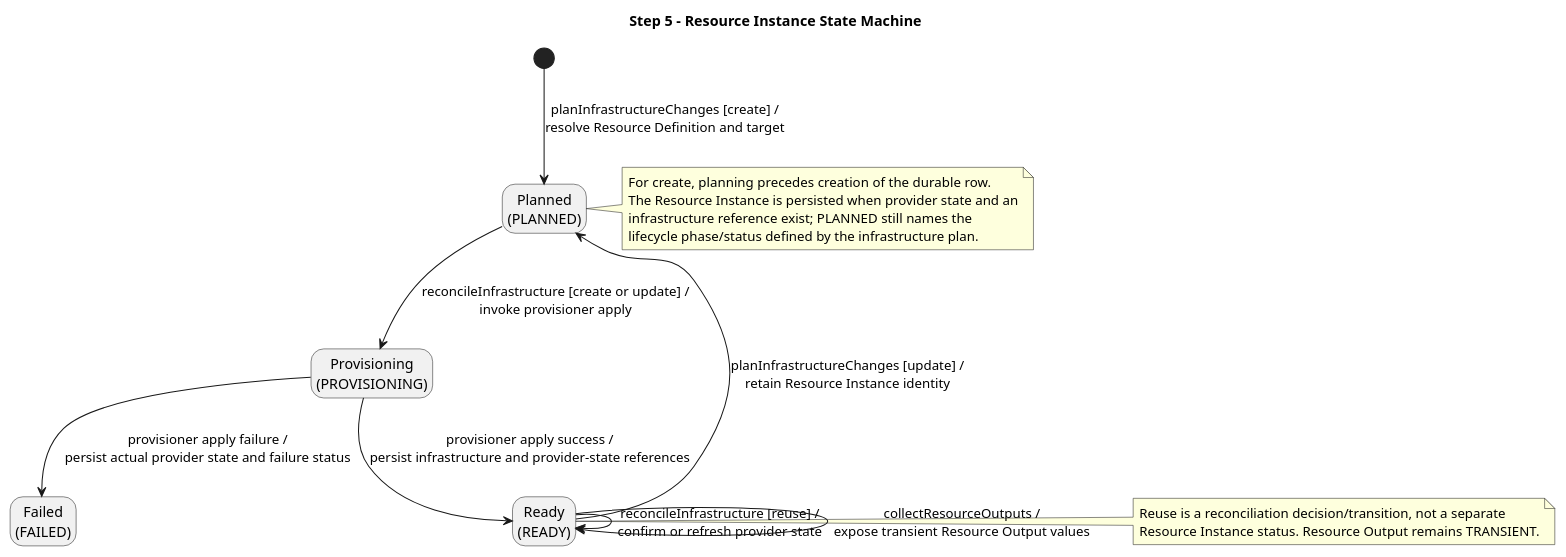
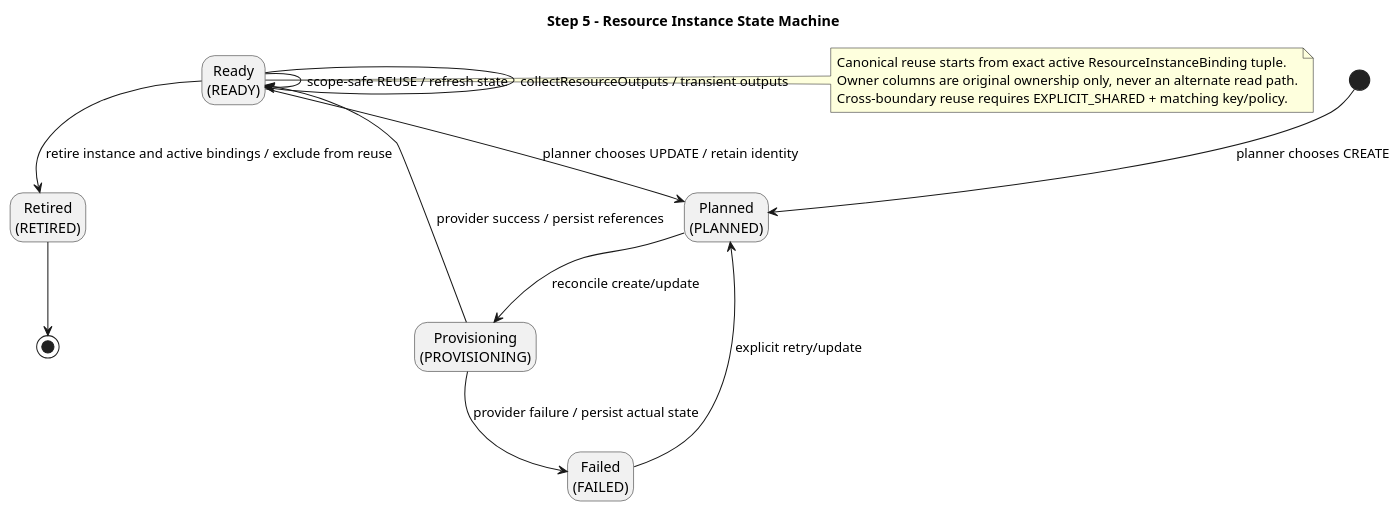
One commit to pr3s3nt/final_idp changed the diagram in 05_state_machines/resource_instance_state.puml. Above: the diagram before and after it, drawn with PlantUML. The commit also changed 20 other files, not shown here.

```diff
--- a/05_state_machines/resource_instance_state.puml
+++ b/05_state_machines/resource_instance_state.puml
@@ -1,33 +1,26 @@
 @startuml
 title Step 5 - Resource Instance State Machine
-
 hide empty description
-
 state "Planned\n(PLANNED)" as PLANNED
 state "Provisioning\n(PROVISIONING)" as PROVISIONING
 state "Ready\n(READY)" as READY
 state "Failed\n(FAILED)" as FAILED
+state "Retired\n(RETIRED)" as RETIRED
 
-[*] --> PLANNED : planInfrastructureChanges [create] /\nresolve Resource Definition and target
-
-PLANNED --> PROVISIONING : reconcileInfrastructure [create or update] /\ninvoke provisioner apply
-PROVISIONING --> READY : provisioner apply success /\npersist infrastructure and provider-state references
-PROVISIONING --> FAILED : provisioner apply failure /\npersist actual provider state and failure status
-
-READY --> PLANNED : planInfrastructureChanges [update] /\nretain Resource Instance identity
-READY --> READY : reconcileInfrastructure [reuse] /\nconfirm or refresh provider state
-READY --> READY : collectResourceOutputs /\nexpose transient Resource Output values
-
-note right of PLANNED
-  For create, planning precedes creation of the durable row.
-  The Resource Instance is persisted when provider state and an
-  infrastructure reference exist; PLANNED still names the
-  lifecycle phase/status defined by the infrastructure plan.
-end note
+[*] --> PLANNED : planner chooses CREATE
+PLANNED --> PROVISIONING : reconcile create/update
+PROVISIONING --> READY : provider success / persist references
+PROVISIONING --> FAILED : provider failure / persist actual state
+READY --> PLANNED : planner chooses UPDATE / retain identity
+READY --> READY : scope-safe REUSE / refresh state
+READY --> READY : collectResourceOutputs / transient outputs
+READY --> RETIRED : retire instance and active bindings / exclude from reuse
+FAILED --> PLANNED : explicit retry/update
+RETIRED --> [*]
 
 note right of READY
-  Reuse is a reconciliation decision/transition, not a separate
-  Resource Instance status. Resource Output remains TRANSIENT.
+  Canonical reuse starts from exact active ResourceInstanceBinding tuple.
+  Owner columns are original ownership only, never an alternate read path.
+  Cross-boundary reuse requires EXPLICIT_SHARED + matching key/policy.
 end note
-
 @enduml
```
